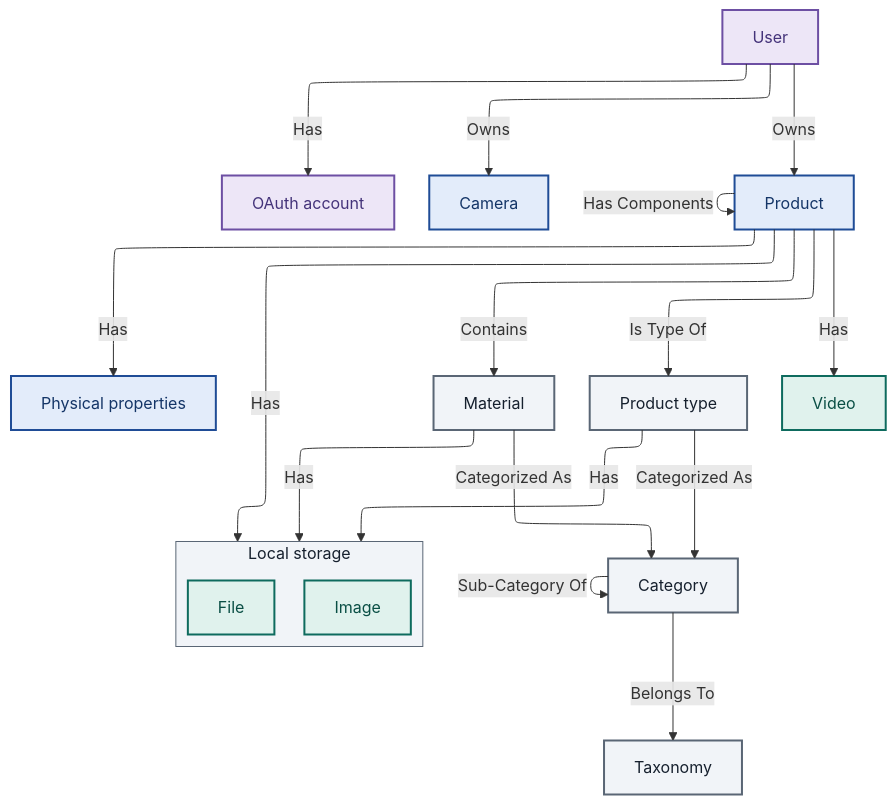
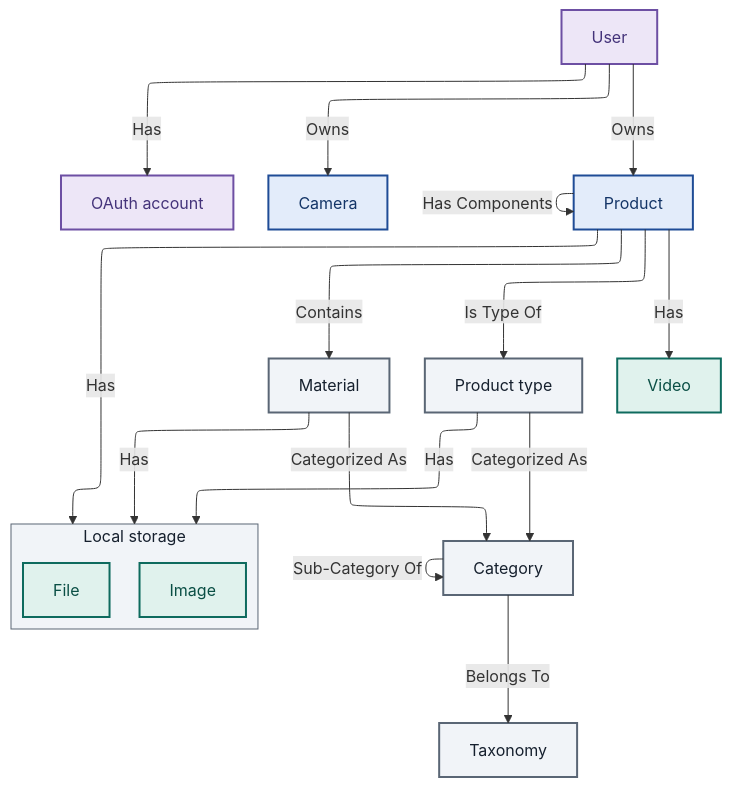
Before and after one commit to CMLPlatform/relab: the first of 5 diagrams in docs/src/content/docs/architecture/datamodel.mdx, drawn with Mermaid. The commit also changed other lines of this file and 10 other files, not shown here.

````diff
--- a/docs/src/content/docs/architecture/datamodel.mdx
+++ b/docs/src/content/docs/architecture/datamodel.mdx
@@ -6,57 +6,57 @@
 ```mermaid
 ---
 config:
     layout: elk
 ---
 graph TD
+    accTitle: Relab data model overview
+    accDescr: Users own cameras and products and link OAuth accounts; products form a self-referential component hierarchy, carry physical properties and circularity notes directly, and are linked to product types and materials; product types and materials are categorized under taxonomies; products, materials, and product types can each have files and images attached, and products can also have videos.
 
         User["User"]
         OAuthAccount["OAuth account"]
 
         Camera["Camera"]
         Product["Product"]
-        PhysicalProperties["Physical properties"]
 
         Taxonomy["Taxonomy"]
         Material["Material"]
         Category["Category"]
         ProductType["Product type"]
 
         subgraph LocalStorage["Local storage"]
             File["File"]
             Image["Image"]
         end
         Video["Video"]
 
     User -->|Has| OAuthAccount
     User -->|Owns| Camera
 
     User -->|Owns| Product
     Product -->|Has Components| Product
     Product -->|Contains| Material
     Product -->|Is Type Of| ProductType
-    Product -->|Has| PhysicalProperties
     ProductType -->|Categorized As| Category
     Material -->|Categorized As| Category
     Category -->|Sub-Category Of| Category
     Category -->|Belongs To| Taxonomy
     Product -->|Has| LocalStorage
     Product -->|Has| Video
     Material -->|Has| LocalStorage
     ProductType -->|Has| LocalStorage
 
     %% Diagram palette from assets/DESIGN.md (categorical ramp)
     style LocalStorage fill:#f1f4f8,stroke:#5a6675,stroke-width:1px,color:#16202e;
 
     classDef UserManagementFill fill:#ede6f7,stroke:#6d4fa3,stroke-width:2px,color:#44337a;
     class User,OAuthAccount UserManagementFill;
 
     classDef DataCollectionFill fill:#e3ecfa,stroke:#1f4c96,stroke-width:2px,color:#143567;
-    class Product,PhysicalProperties,Camera DataCollectionFill;
+    class Product,Camera DataCollectionFill;
 
     classDef ReferenceDataFill fill:#f1f4f8,stroke:#5a6675,stroke-width:2px,color:#16202e;
     class Taxonomy,Material,Category,ProductType ReferenceDataFill;
 
     classDef MediaFill fill:#e0f2ed,stroke:#0e6b5e,stroke-width:2px,color:#0a4f45;
     class File,Image,Video MediaFill;
 ```
````
